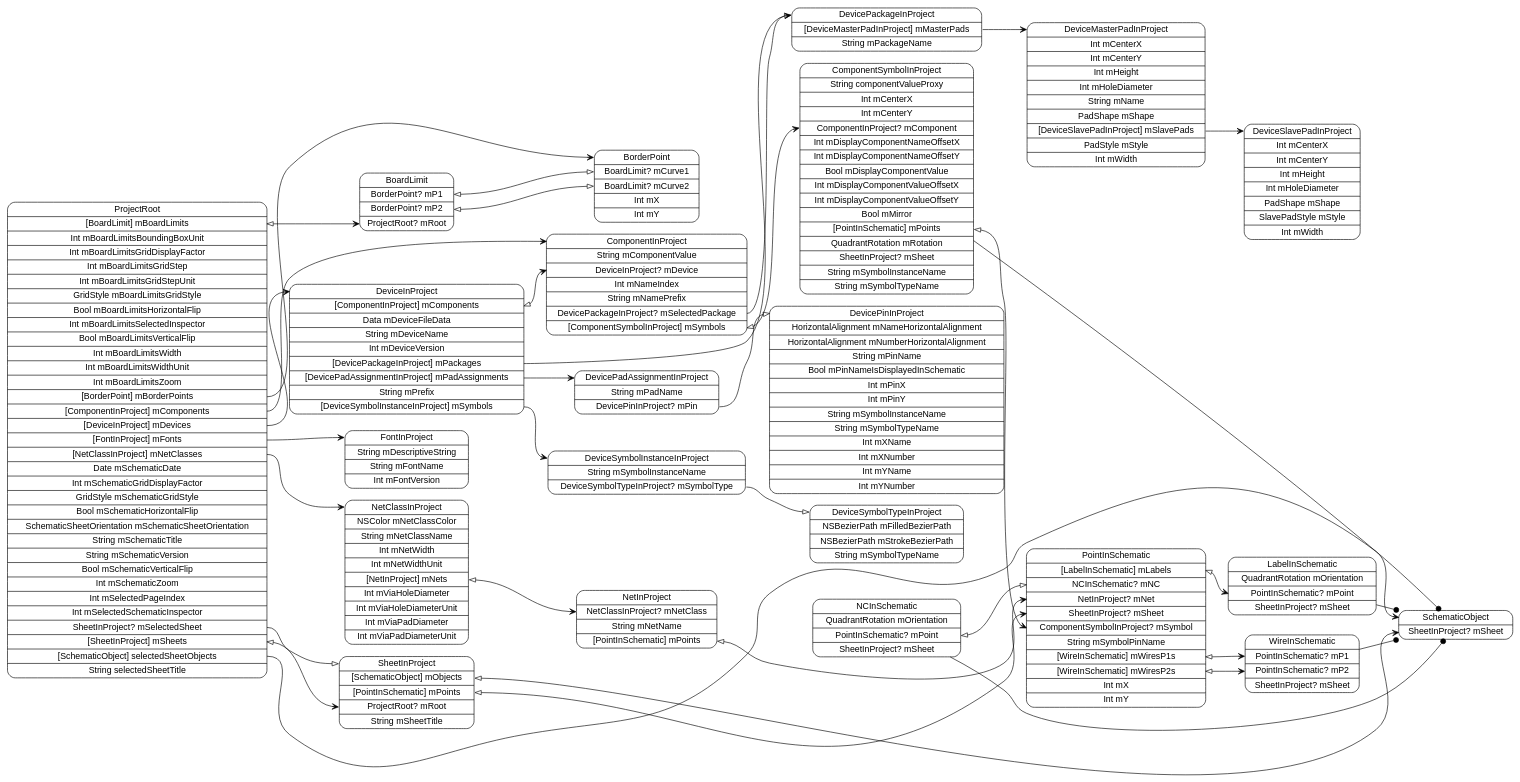
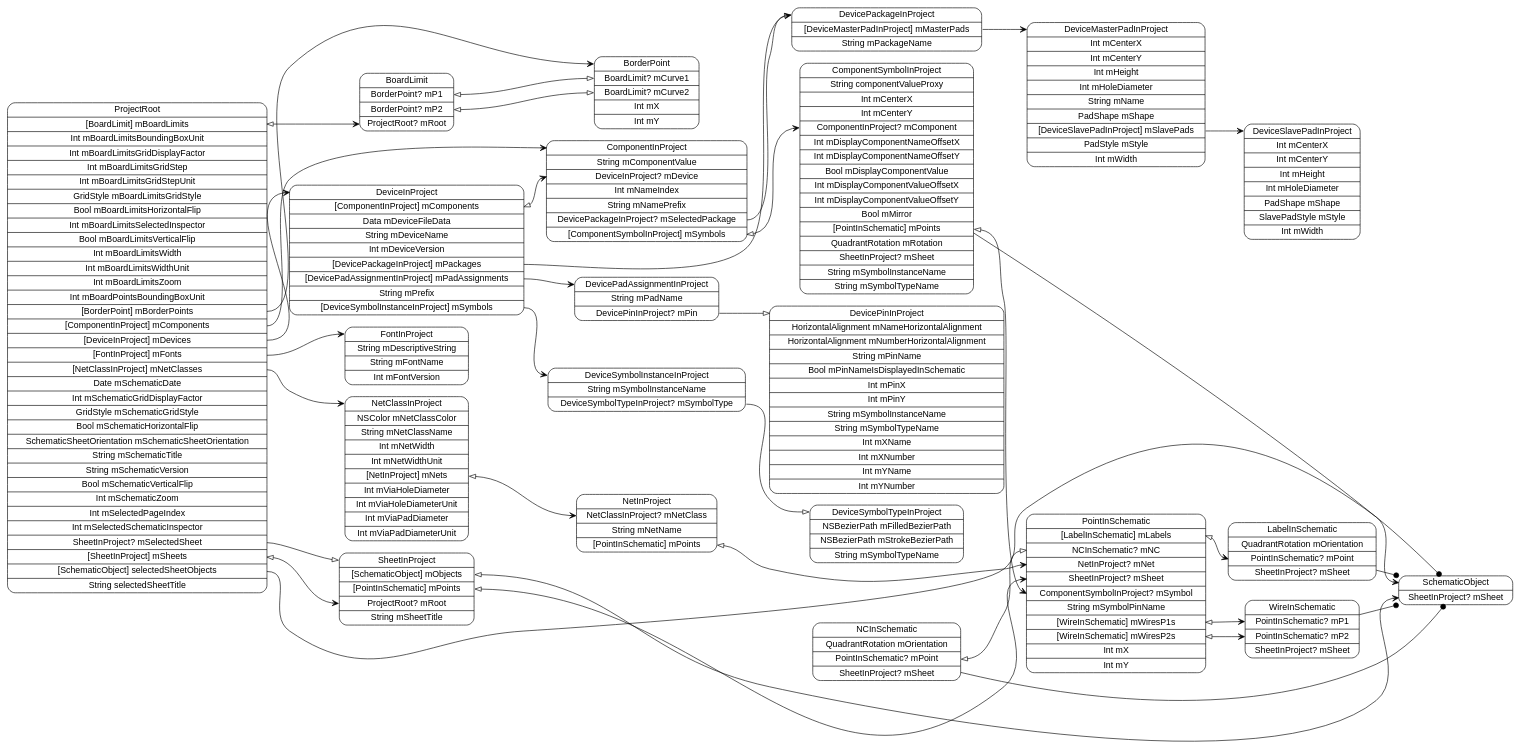
The diagram in models/ProjectRoot.dot (pierremolinaro/ElCanari-dev), drawn with Graphviz before and after one commit. The commit also changed 19 other files, not shown here.

Commit message:
Continued board limits

```diff
--- a/models/ProjectRoot.dot
+++ b/models/ProjectRoot.dot
@@ -1,60 +1,60 @@
 digraph G {
   rankdir=LR ;
   node [shape=record fontname=helvetica style=rounded] ;
-  ProjectRoot[label="<ProjectRoot>ProjectRoot|<mBoardLimits>[BoardLimit] mBoardLimits|Int mBoardLimitsBoundingBoxUnit|Int mBoardLimitsGridDisplayFactor|Int mBoardLimitsGridStep|Int mBoardLimitsGridStepUnit|GridStyle mBoardLimitsGridStyle|Bool mBoardLimitsHorizontalFlip|Int mBoardLimitsSelectedInspector|Bool mBoardLimitsVerticalFlip|Int mBoardLimitsWidth|Int mBoardLimitsWidthUnit|Int mBoardLimitsZoom|<mBorderPoints>[BorderPoint] mBorderPoints|<mComponents>[ComponentInProject] mComponents|<mDevices>[DeviceInProject] mDevices|<mFonts>[FontInProject] mFonts|<mNetClasses>[NetClassInProject] mNetClasses|Date mSchematicDate|Int mSchematicGridDisplayFactor|GridStyle mSchematicGridStyle|Bool mSchematicHorizontalFlip|SchematicSheetOrientation mSchematicSheetOrientation|String mSchematicTitle|String mSchematicVersion|Bool mSchematicVerticalFlip|Int mSchematicZoom|Int mSelectedPageIndex|Int mSelectedSchematicInspector|<mSelectedSheet>SheetInProject? mSelectedSheet|<mSheets>[SheetInProject] mSheets|<selectedSheetObjects>[SchematicObject] selectedSheetObjects|String selectedSheetTitle"] ;
+  ProjectRoot[label="<ProjectRoot>ProjectRoot|<mBoardLimits>[BoardLimit] mBoardLimits|Int mBoardLimitsBoundingBoxUnit|Int mBoardLimitsGridDisplayFactor|Int mBoardLimitsGridStep|Int mBoardLimitsGridStepUnit|GridStyle mBoardLimitsGridStyle|Bool mBoardLimitsHorizontalFlip|Int mBoardLimitsSelectedInspector|Bool mBoardLimitsVerticalFlip|Int mBoardLimitsWidth|Int mBoardLimitsWidthUnit|Int mBoardLimitsZoom|Int mBoardPointsBoundingBoxUnit|<mBorderPoints>[BorderPoint] mBorderPoints|<mComponents>[ComponentInProject] mComponents|<mDevices>[DeviceInProject] mDevices|<mFonts>[FontInProject] mFonts|<mNetClasses>[NetClassInProject] mNetClasses|Date mSchematicDate|Int mSchematicGridDisplayFactor|GridStyle mSchematicGridStyle|Bool mSchematicHorizontalFlip|SchematicSheetOrientation mSchematicSheetOrientation|String mSchematicTitle|String mSchematicVersion|Bool mSchematicVerticalFlip|Int mSchematicZoom|Int mSelectedPageIndex|Int mSelectedSchematicInspector|<mSelectedSheet>SheetInProject? mSelectedSheet|<mSheets>[SheetInProject] mSheets|<selectedSheetObjects>[SchematicObject] selectedSheetObjects|String selectedSheetTitle"] ;
   SchematicObject[label="<SchematicObject>SchematicObject|<mSheet>SheetInProject? mSheet"] ;
   SheetInProject[label="<SheetInProject>SheetInProject|<mObjects>[SchematicObject] mObjects|<mPoints>[PointInSchematic] mPoints|<mRoot>ProjectRoot? mRoot|String mSheetTitle"] ;
   PointInSchematic[label="<PointInSchematic>PointInSchematic|<mLabels>[LabelInSchematic] mLabels|<mNC>NCInSchematic? mNC|<mNet>NetInProject? mNet|<mSheet>SheetInProject? mSheet|<mSymbol>ComponentSymbolInProject? mSymbol|String mSymbolPinName|<mWiresP1s>[WireInSchematic] mWiresP1s|<mWiresP2s>[WireInSchematic] mWiresP2s|Int mX|Int mY"] ;
   WireInSchematic[label="<WireInSchematic>WireInSchematic|<mP1>PointInSchematic? mP1|<mP2>PointInSchematic? mP2|<mSheet>SheetInProject? mSheet"] ;
   NCInSchematic[label="<NCInSchematic>NCInSchematic|QuadrantRotation mOrientation|<mPoint>PointInSchematic? mPoint|<mSheet>SheetInProject? mSheet"] ;
   LabelInSchematic[label="<LabelInSchematic>LabelInSchematic|QuadrantRotation mOrientation|<mPoint>PointInSchematic? mPoint|<mSheet>SheetInProject? mSheet"] ;
   NetClassInProject[label="<NetClassInProject>NetClassInProject|NSColor mNetClassColor|String mNetClassName|Int mNetWidth|Int mNetWidthUnit|<mNets>[NetInProject] mNets|Int mViaHoleDiameter|Int mViaHoleDiameterUnit|Int mViaPadDiameter|Int mViaPadDiameterUnit"] ;
   NetInProject[label="<NetInProject>NetInProject|<mNetClass>NetClassInProject? mNetClass|String mNetName|<mPoints>[PointInSchematic] mPoints"] ;
   FontInProject[label="<FontInProject>FontInProject|String mDescriptiveString|String mFontName|Int mFontVersion"] ;
   DeviceInProject[label="<DeviceInProject>DeviceInProject|<mComponents>[ComponentInProject] mComponents|Data mDeviceFileData|String mDeviceName|Int mDeviceVersion|<mPackages>[DevicePackageInProject] mPackages|<mPadAssignments>[DevicePadAssignmentInProject] mPadAssignments|String mPrefix|<mSymbols>[DeviceSymbolInstanceInProject] mSymbols"] ;
   DeviceSymbolInstanceInProject[label="<DeviceSymbolInstanceInProject>DeviceSymbolInstanceInProject|String mSymbolInstanceName|<mSymbolType>DeviceSymbolTypeInProject? mSymbolType"] ;
   DeviceSymbolTypeInProject[label="<DeviceSymbolTypeInProject>DeviceSymbolTypeInProject|NSBezierPath mFilledBezierPath|NSBezierPath mStrokeBezierPath|String mSymbolTypeName"] ;
   DevicePadAssignmentInProject[label="<DevicePadAssignmentInProject>DevicePadAssignmentInProject|String mPadName|<mPin>DevicePinInProject? mPin"] ;
   DevicePinInProject[label="<DevicePinInProject>DevicePinInProject|HorizontalAlignment mNameHorizontalAlignment|HorizontalAlignment mNumberHorizontalAlignment|String mPinName|Bool mPinNameIsDisplayedInSchematic|Int mPinX|Int mPinY|String mSymbolInstanceName|String mSymbolTypeName|Int mXName|Int mXNumber|Int mYName|Int mYNumber"] ;
   DevicePackageInProject[label="<DevicePackageInProject>DevicePackageInProject|<mMasterPads>[DeviceMasterPadInProject] mMasterPads|String mPackageName"] ;
   DeviceMasterPadInProject[label="<DeviceMasterPadInProject>DeviceMasterPadInProject|Int mCenterX|Int mCenterY|Int mHeight|Int mHoleDiameter|String mName|PadShape mShape|<mSlavePads>[DeviceSlavePadInProject] mSlavePads|PadStyle mStyle|Int mWidth"] ;
   DeviceSlavePadInProject[label="<DeviceSlavePadInProject>DeviceSlavePadInProject|Int mCenterX|Int mCenterY|Int mHeight|Int mHoleDiameter|PadShape mShape|SlavePadStyle mStyle|Int mWidth"] ;
   ComponentInProject[label="<ComponentInProject>ComponentInProject|String mComponentValue|<mDevice>DeviceInProject? mDevice|Int mNameIndex|String mNamePrefix|<mSelectedPackage>DevicePackageInProject? mSelectedPackage|<mSymbols>[ComponentSymbolInProject] mSymbols"] ;
   ComponentSymbolInProject[label="<ComponentSymbolInProject>ComponentSymbolInProject|String componentValueProxy|Int mCenterX|Int mCenterY|<mComponent>ComponentInProject? mComponent|Int mDisplayComponentNameOffsetX|Int mDisplayComponentNameOffsetY|Bool mDisplayComponentValue|Int mDisplayComponentValueOffsetX|Int mDisplayComponentValueOffsetY|Bool mMirror|<mPoints>[PointInSchematic] mPoints|QuadrantRotation mRotation|<mSheet>SheetInProject? mSheet|String mSymbolInstanceName|String mSymbolTypeName"] ;
   BorderPoint[label="<BorderPoint>BorderPoint|<mCurve1>BoardLimit? mCurve1|<mCurve2>BoardLimit? mCurve2|Int mX|Int mY"] ;
   BoardLimit[label="<BoardLimit>BoardLimit|<mP1>BorderPoint? mP1|<mP2>BorderPoint? mP2|<mRoot>ProjectRoot? mRoot"] ;
   ProjectRoot:mBoardLimits -> BoardLimit:mRoot [dir=both arrowtail=onormal arrowhead=vee] ;
   ProjectRoot:mBorderPoints -> BorderPoint:BorderPoint [dir=both arrowtail=none arrowhead=vee] ;
   ProjectRoot:mComponents -> ComponentInProject:ComponentInProject [dir=both arrowtail=none arrowhead=vee] ;
   ProjectRoot:mDevices -> DeviceInProject:DeviceInProject [dir=both arrowtail=none arrowhead=vee] ;
   ProjectRoot:mFonts -> FontInProject:FontInProject [dir=both arrowtail=none arrowhead=vee] ;
   ProjectRoot:mNetClasses -> NetClassInProject:NetClassInProject [dir=both arrowtail=none arrowhead=vee] ;
   ProjectRoot:mSelectedSheet -> SheetInProject:SheetInProject [dir=both arrowtail=none arrowhead=onormal] ;
   ProjectRoot:mSheets -> SheetInProject:mRoot [dir=both arrowtail=onormal arrowhead=vee] ;
   ProjectRoot:selectedSheetObjects -> SchematicObject:SchematicObject [dir=both arrowtail=none arrowhead=vee] ;
   SheetInProject:mObjects -> SchematicObject:mSheet [dir=both arrowtail=onormal arrowhead=vee] ;
   SheetInProject:mPoints -> PointInSchematic:mSheet [dir=both arrowtail=onormal arrowhead=vee] ;
   PointInSchematic:mLabels -> LabelInSchematic:mPoint [dir=both arrowtail=onormal arrowhead=vee] ;
   PointInSchematic:mWiresP1s -> WireInSchematic:mP1 [dir=both arrowtail=onormal arrowhead=vee] ;
   PointInSchematic:mWiresP2s -> WireInSchematic:mP2 [dir=both arrowtail=onormal arrowhead=vee] ;
   WireInSchematic -> SchematicObject [arrowhead=dot] ;
   NCInSchematic -> SchematicObject [arrowhead=dot] ;
   NCInSchematic:mPoint -> PointInSchematic:mNC [dir=both arrowtail=onormal arrowhead=onormal] ;
   LabelInSchematic -> SchematicObject [arrowhead=dot] ;
   NetClassInProject:mNets -> NetInProject:mNetClass [dir=both arrowtail=onormal arrowhead=vee] ;
   NetInProject:mPoints -> PointInSchematic:mNet [dir=both arrowtail=onormal arrowhead=vee] ;
   DeviceInProject:mComponents -> ComponentInProject:mDevice [dir=both arrowtail=onormal arrowhead=vee] ;
   DeviceInProject:mPackages -> DevicePackageInProject:DevicePackageInProject [dir=both arrowtail=none arrowhead=vee] ;
   DeviceInProject:mPadAssignments -> DevicePadAssignmentInProject:DevicePadAssignmentInProject [dir=both arrowtail=none arrowhead=vee] ;
   DeviceInProject:mSymbols -> DeviceSymbolInstanceInProject:DeviceSymbolInstanceInProject [dir=both arrowtail=none arrowhead=vee] ;
   DeviceSymbolInstanceInProject:mSymbolType -> DeviceSymbolTypeInProject:DeviceSymbolTypeInProject [dir=both arrowtail=none arrowhead=onormal] ;
   DevicePadAssignmentInProject:mPin -> DevicePinInProject:DevicePinInProject [dir=both arrowtail=none arrowhead=onormal] ;
   DevicePackageInProject:mMasterPads -> DeviceMasterPadInProject:DeviceMasterPadInProject [dir=both arrowtail=none arrowhead=vee] ;
   DeviceMasterPadInProject:mSlavePads -> DeviceSlavePadInProject:DeviceSlavePadInProject [dir=both arrowtail=none arrowhead=vee] ;
   ComponentInProject:mSelectedPackage -> DevicePackageInProject:DevicePackageInProject [dir=both arrowtail=none arrowhead=onormal] ;
   ComponentInProject:mSymbols -> ComponentSymbolInProject:mComponent [dir=both arrowtail=onormal arrowhead=vee] ;
   ComponentSymbolInProject -> SchematicObject [arrowhead=dot] ;
   ComponentSymbolInProject:mPoints -> PointInSchematic:mSymbol [dir=both arrowtail=onormal arrowhead=vee] ;
   BoardLimit:mP1 -> BorderPoint:mCurve1 [dir=both arrowtail=onormal arrowhead=onormal] ;
   BoardLimit:mP2 -> BorderPoint:mCurve2 [dir=both arrowtail=onormal arrowhead=onormal] ;
 }
```
